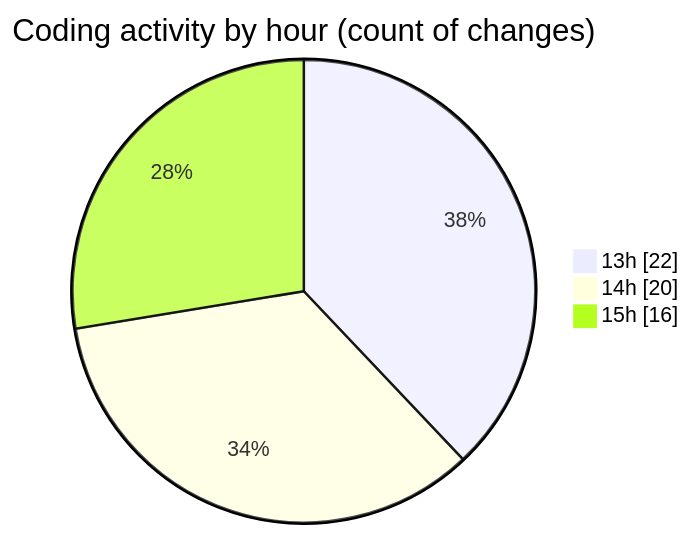
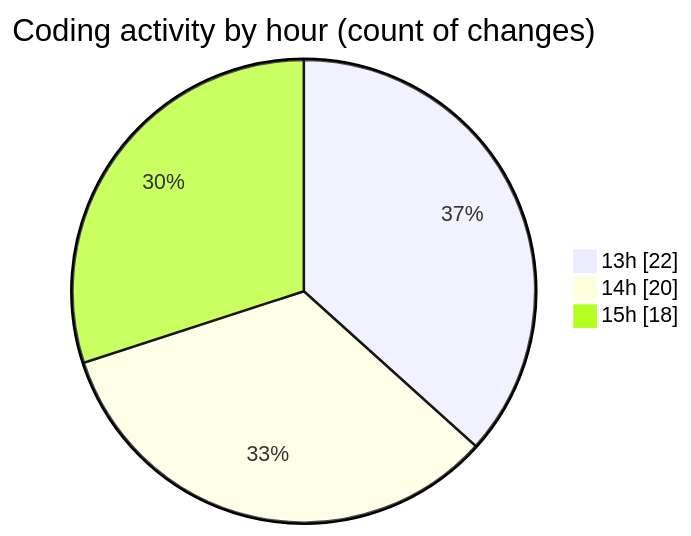
One commit to donsfak/code-tracking changed the second of 2 diagrams in 2025-02-24/drivers_app/README.md. Above: the diagram before and after it, drawn with Mermaid. The commit also changed other lines of this file and 1 other file, not shown here.

````diff
--- a/2025-02-24/drivers_app/README.md
+++ b/2025-02-24/drivers_app/README.md
@@ -38,7 +38,7 @@
 ```mermaid
 pie showData
 title Coding activity by hour (count of changes)
 "13h" : 22
 "14h" : 20
-"15h" : 16
+"15h" : 18
 ```
````
